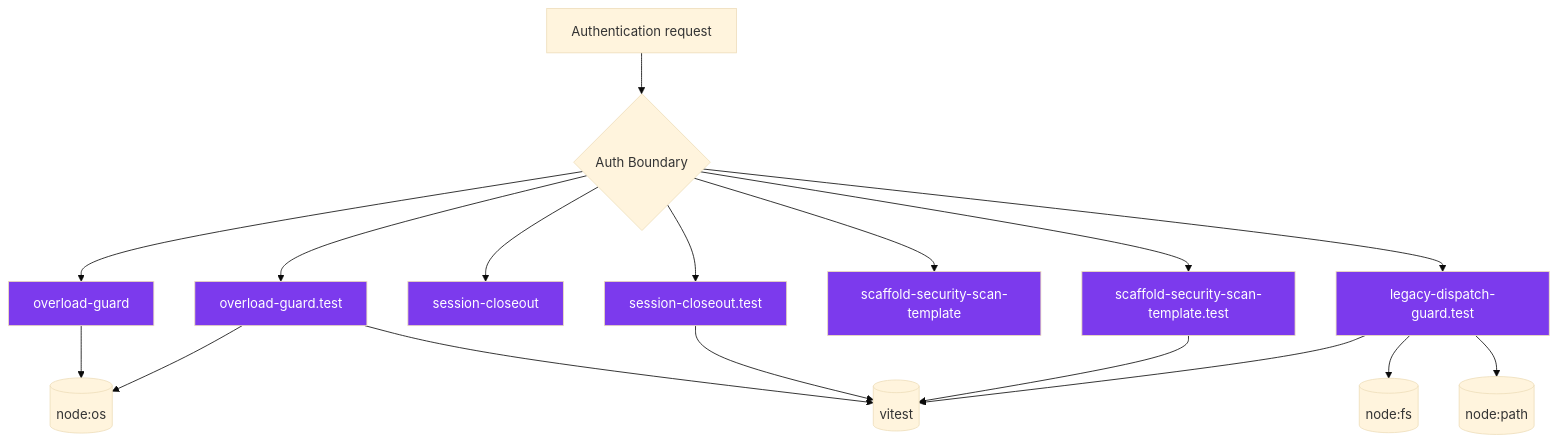
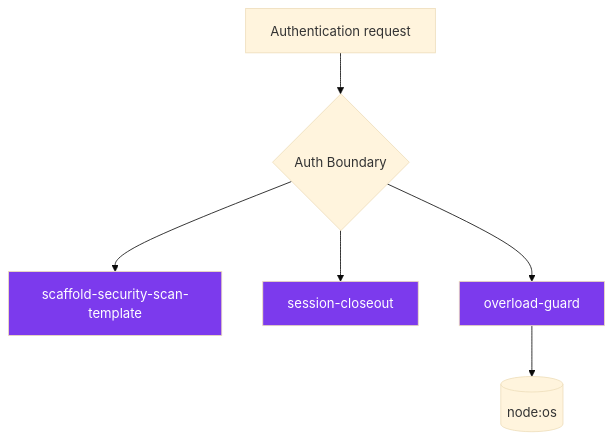
The third of 14 diagrams in AI/context/diagram-context.md (jscraik/coding-harness), drawn with Mermaid (base theme) before and after one commit. The commit also changed other lines of this file and 74 other files, not shown here.

````diff
--- a/AI/context/diagram-context.md
+++ b/AI/context/diagram-context.md
@@ -335,35 +268,17 @@
 ```mermaid
 flowchart TD
   Request["Authentication request"]
   Boundary{"Auth Boundary"}
   Request --> Boundary
+  scaffold_security_scan_template_55bc7465["scaffold-security-scan-template"]
+  Boundary --> scaffold_security_scan_template_55bc7465
+  session_closeout_f3efb270["session-closeout"]
+  Boundary --> session_closeout_f3efb270
   overload_guard_2748c559["overload-guard"]
   Boundary --> overload_guard_2748c559
-  overload_guard_test_6ece9f86["overload-guard.test"]
-  Boundary --> overload_guard_test_6ece9f86
-  session_closeout_f3efb270["session-closeout"]
-  Boundary --> session_closeout_f3efb270
-  session_closeout_test_aa1fd09d["session-closeout.test"]
-  Boundary --> session_closeout_test_aa1fd09d
-  scaffold_security_scan_template_55bc7465["scaffold-security-scan-template"]
-  Boundary --> scaffold_security_scan_template_55bc7465
-  scaffold_security_scan_template_test_3314b8b2["scaffold-security-scan-template.test"]
-  Boundary --> scaffold_security_scan_template_test_3314b8b2
-  legacy_dispatch_guard_test_4700087d["legacy-dispatch-guard.test"]
-  Boundary --> legacy_dispatch_guard_test_4700087d
   ext_node_os_e9717731[("node:os")]
-  ext_vitest_a9127f3d[("vitest")]
-  ext_node_fs_df6b52af[("node:fs")]
-  ext_node_path_0e7d56ab[("node:path")]
   overload_guard_2748c559 --> ext_node_os_e9717731
-  overload_guard_test_6ece9f86 --> ext_node_os_e9717731
-  overload_guard_test_6ece9f86 --> ext_vitest_a9127f3d
-  session_closeout_test_aa1fd09d --> ext_vitest_a9127f3d
-  scaffold_security_scan_template_test_3314b8b2 --> ext_vitest_a9127f3d
-  legacy_dispatch_guard_test_4700087d --> ext_node_fs_df6b52af
-  legacy_dispatch_guard_test_4700087d --> ext_node_path_0e7d56ab
-  legacy_dispatch_guard_test_4700087d --> ext_vitest_a9127f3d
   classDef authNode fill:#7c3aed,color:#fff
-  class overload_guard_2748c559,overload_guard_test_6ece9f86,session_closeout_f3efb270,session_closeout_test_aa1fd09d,scaffold_security_scan_template_55bc7465,scaffold_security_scan_template_test_3314b8b2,legacy_dispatch_guard_test_4700087d authNode
+  class scaffold_security_scan_template_55bc7465,session_closeout_f3efb270,overload_guard_2748c559 authNode
 
 ```
````
